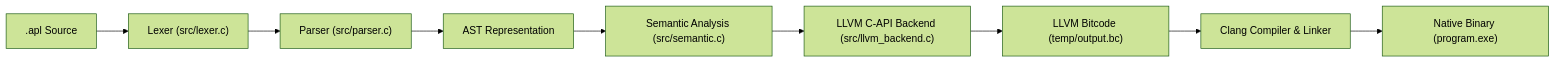
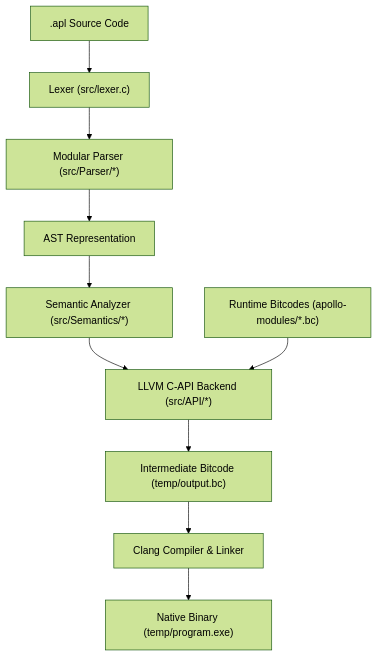
Before and after one commit to jusscaleb/C-Apollo: the diagram in README.md, drawn with Mermaid (forest theme). The commit also changed other lines of this file and 4 other files, not shown here.

````diff
--- a/README.md
+++ b/README.md
@@ -83,11 +147,12 @@
 ```mermaid
-flowchart LR
-    Source[".apl Source"] --> Lexer["Lexer (src/lexer.c)"]
-    Lexer --> Parser["Parser (src/parser.c)"]
+flowchart TD
+    Source[".apl Source Code"] --> Lexer["Lexer (src/lexer.c)"]
+    Lexer --> Parser["Modular Parser (src/Parser/*)"]
     Parser --> AST["AST Representation"]
-    AST --> Semantic["Semantic Analysis (src/semantic.c)"]
-    Semantic --> LLVMBackend["LLVM C-API Backend (src/llvm_backend.c)"]
-    LLVMBackend --> Bitcode["LLVM Bitcode (temp/output.bc)"]
+    AST --> Semantic["Semantic Analyzer (src/Semantics/*)"]
+    Semantic --> LLVMBackend["LLVM C-API Backend (src/API/*)"]
+    Modules["Runtime Bitcodes (apollo-modules/*.bc)"] --> LLVMBackend
+    LLVMBackend --> Bitcode["Intermediate Bitcode (temp/output.bc)"]
     Bitcode --> Clang["Clang Compiler & Linker"]
-    Clang --> Executable["Native Binary (program.exe)"]
+    Clang --> Executable["Native Binary (temp/program.exe)"]
 ```
````
